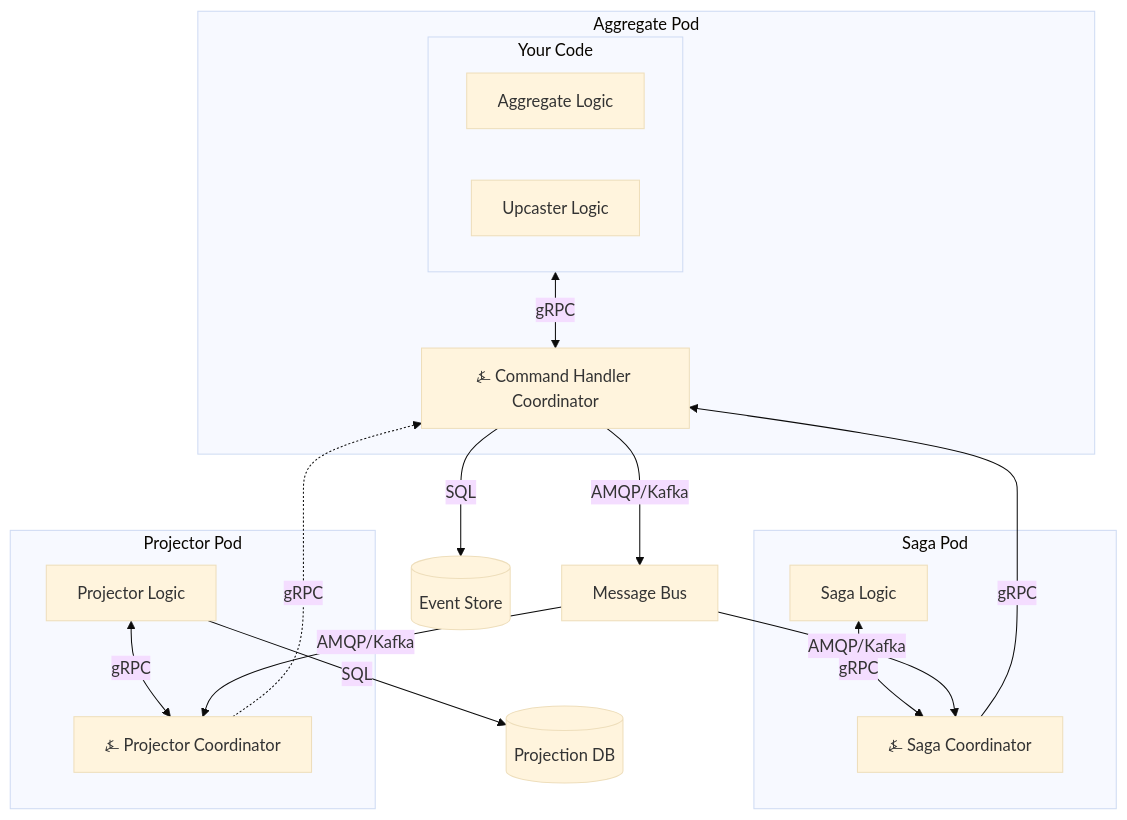
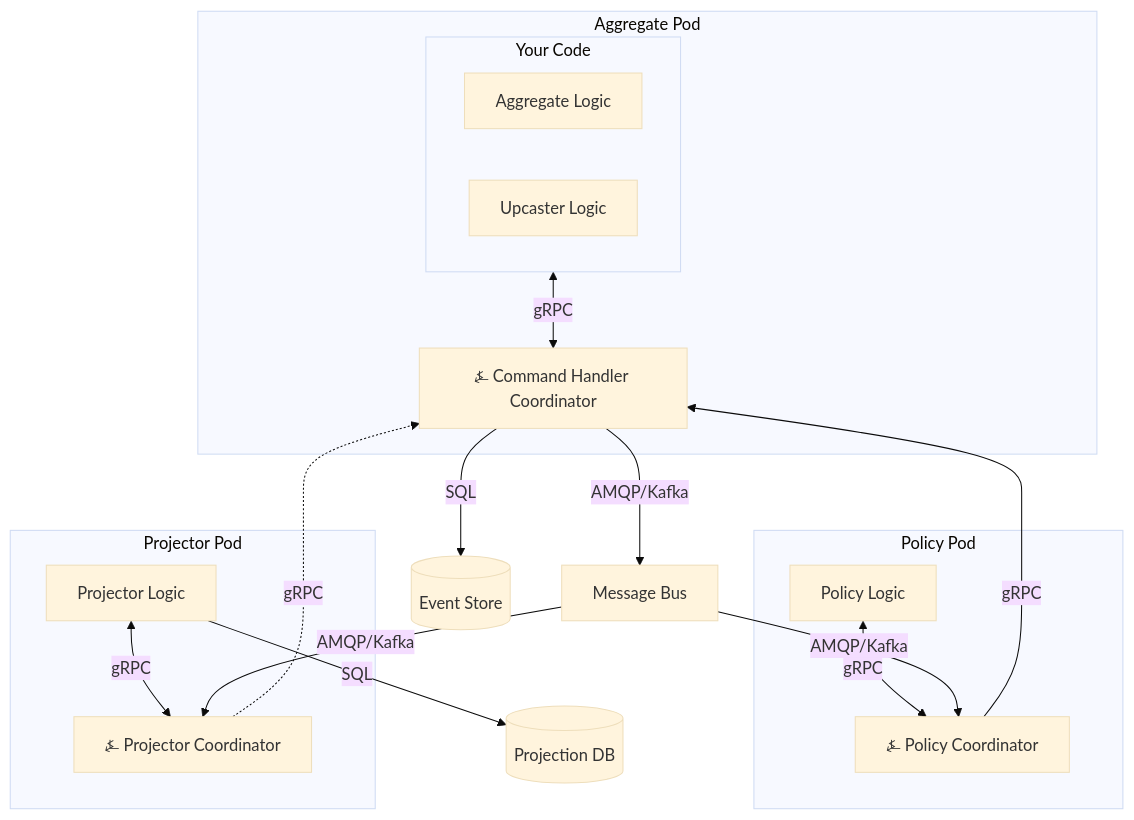
One commit to angzarr-io/angzarr-project changed the second of 2 diagrams in site/src/content/docs/architecture.md. Above: the diagram before and after it, drawn with Mermaid (base theme). The commit also changed other lines of this file and 52 other files, not shown here.

````diff
--- a/site/src/content/docs/architecture.md
+++ b/site/src/content/docs/architecture.md
@@ -84,31 +84,31 @@
 ```mermaid
 flowchart TB
     subgraph AggPod[Aggregate Pod]
         subgraph AggCode[Your Code]
             Agg[Aggregate Logic]
             Upc[Upcaster Logic]
         end
         AggSidecar[⍼ Command Handler Coordinator]
         AggCode <-->|gRPC| AggSidecar
     end
 
-    subgraph SagaPod[Saga Pod]
-        Saga[Saga Logic]
-        SagaSidecar[⍼ Saga Coordinator]
-        Saga <-->|gRPC| SagaSidecar
+    subgraph PolicyPod[Policy Pod]
+        Policy[Policy Logic]
+        PolicySidecar[⍼ Policy Coordinator]
+        Policy <-->|gRPC| PolicySidecar
     end
 
     subgraph PrjPod[Projector Pod]
         Prj[Projector Logic]
         PrjSidecar[⍼ Projector Coordinator]
         Prj <-->|gRPC| PrjSidecar
     end
 
     AggSidecar -->|SQL| ES[(Event Store)]
     AggSidecar -->|AMQP/Kafka| MB[Message Bus]
-    MB -->|AMQP/Kafka| SagaSidecar
+    MB -->|AMQP/Kafka| PolicySidecar
     MB -->|AMQP/Kafka| PrjSidecar
-    SagaSidecar -->|gRPC| AggSidecar
+    PolicySidecar -->|gRPC| AggSidecar
     PrjSidecar -.->|gRPC| AggSidecar
     Prj -->|SQL| PrjDB[(Projection DB)]
 ```
````
